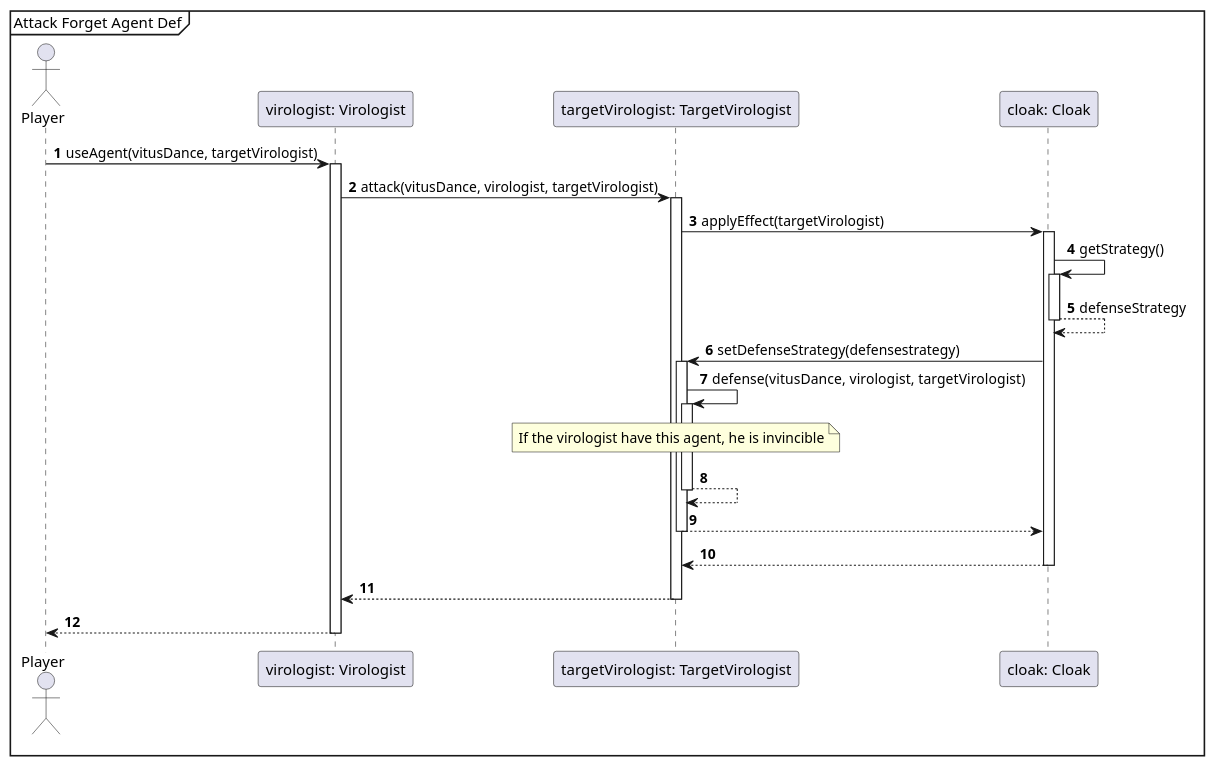
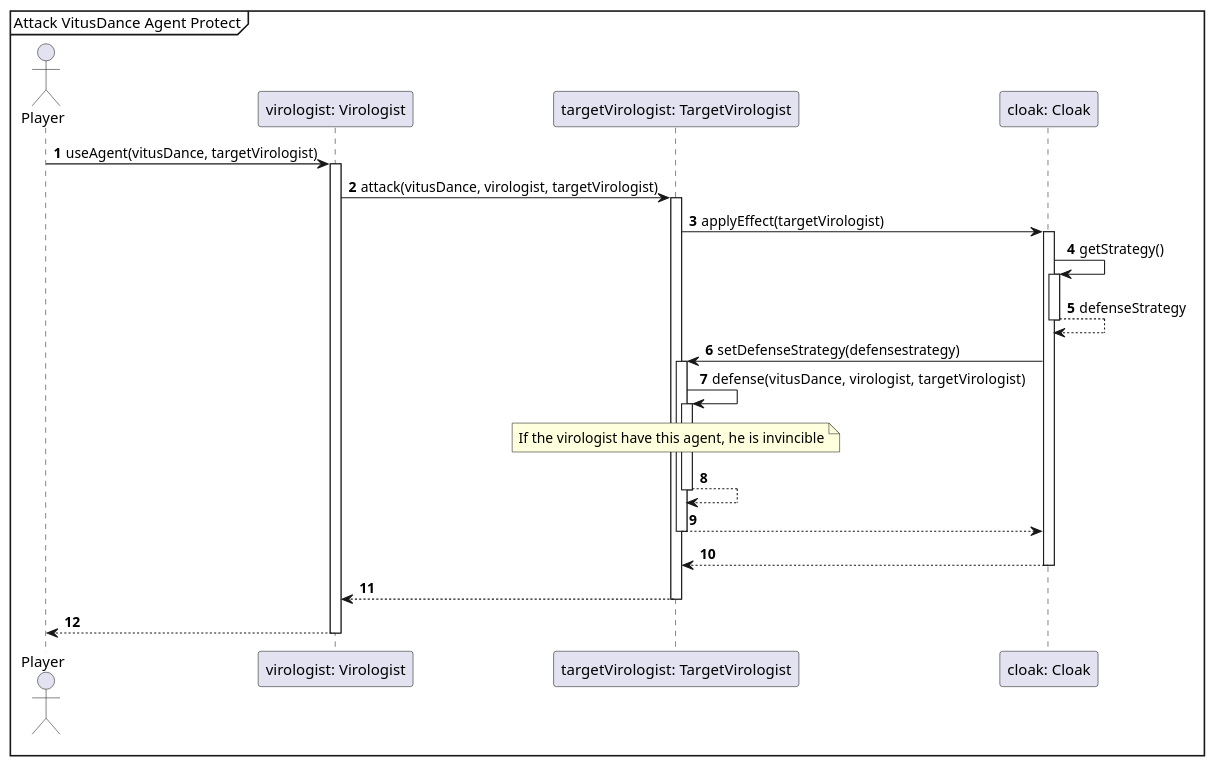
One commit to Projlab-csb/projlab-virologus changed the diagram in Exact Sequence-diagrams/AttackVitusAgentPROTECT.puml. Above: the diagram before and after it, drawn with PlantUML. The commit also changed 16 other files, not shown here.

```diff
--- a/Exact Sequence-diagrams/AttackVitusAgentPROTECT.puml
+++ b/Exact Sequence-diagrams/AttackVitusAgentPROTECT.puml
@@ -1,35 +1,35 @@
 @startuml
 'https://plantuml.com/sequence-diagram
 
 autonumber
 
-mainframe Attack Forget Agent Def
+mainframe Attack VitusDance Agent Protect
 
 actor Player
 
 Player -> "virologist: Virologist"++: useAgent(vitusDance, targetVirologist)
 "virologist: Virologist" -> "targetVirologist: TargetVirologist"++: attack(vitusDance, virologist, targetVirologist)
 "targetVirologist: TargetVirologist" -> "cloak: Cloak"++ : applyEffect(targetVirologist)
 
 "cloak: Cloak" -> "cloak: Cloak"++ : getStrategy()
 "cloak: Cloak" --> "cloak: Cloak"-- : defenseStrategy
 
 "cloak: Cloak" -> "targetVirologist: TargetVirologist"++: setDefenseStrategy(defensestrategy)
 
 "targetVirologist: TargetVirologist" -> "targetVirologist: TargetVirologist"++: defense(vitusDance, virologist,  targetVirologist)
 
 
 note over "targetVirologist: TargetVirologist"
     If the virologist have this agent, he is invincible
 end note
 
 "targetVirologist: TargetVirologist" --> "targetVirologist: TargetVirologist" --
 
 "targetVirologist: TargetVirologist" --> "cloak: Cloak" --
 "cloak: Cloak" --> "targetVirologist: TargetVirologist" --
 
 
 "targetVirologist: TargetVirologist" --> "virologist: Virologist" --
 
 "virologist: Virologist" --> Player --
 @enduml
```
